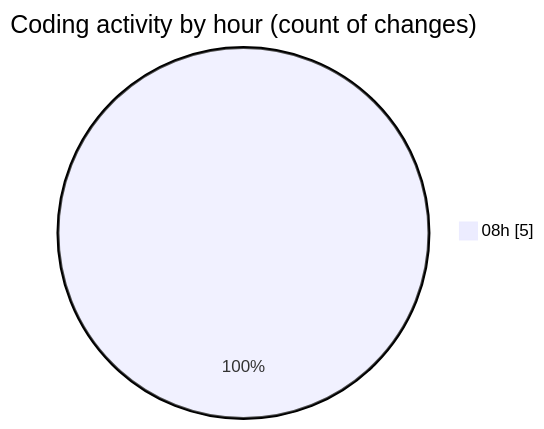
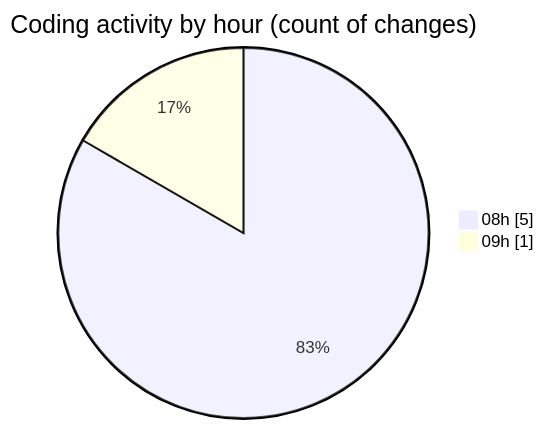
Before and after one commit to Unknowalive/code-tracking: the second of 2 diagrams in 2026-04-09/pws2026/README.md, drawn with Mermaid. The commit also changed other lines of this file and 1 other file, not shown here.

````diff
--- a/2026-04-09/pws2026/README.md
+++ b/2026-04-09/pws2026/README.md
@@ -28,5 +28,6 @@
 ```mermaid
 pie showData
 title Coding activity by hour (count of changes)
 "08h" : 5
+"09h" : 1
 ```
````
